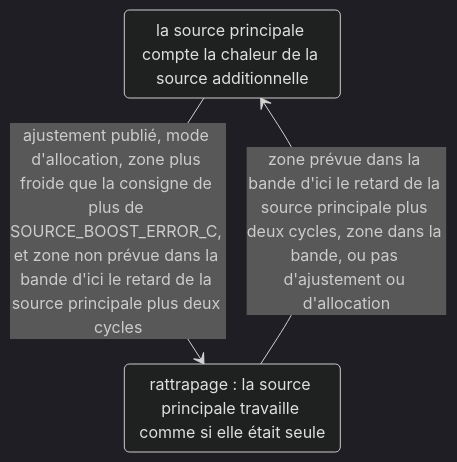
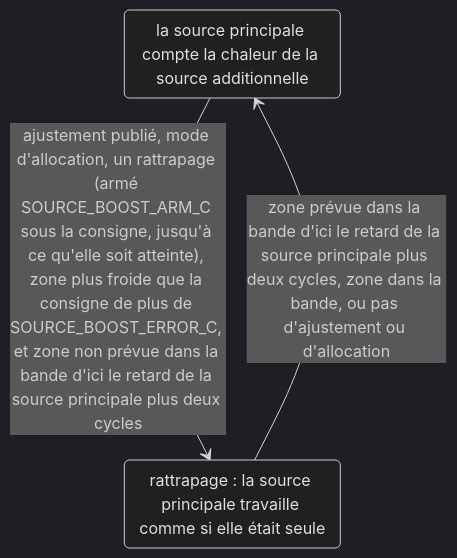
Before and after one commit to Shadow-230/vtherm_smartpi: the eighth of 11 diagrams in documentation/fr/zone_dependencies.md, drawn with Mermaid (dark theme). The commit also changed other lines of this file and 9 other files, not shown here.

````diff
--- a/documentation/fr/zone_dependencies.md
+++ b/documentation/fr/zone_dependencies.md
@@ -940,7 +945,7 @@
 ```mermaid
 stateDiagram-v2
     state "la source principale compte la chaleur de la source additionnelle" as Counted
     state "rattrapage : la source principale travaille comme si elle était seule" as Boost
-    Counted --> Boost: ajustement publié, mode d'allocation, zone plus froide que la consigne de plus de SOURCE_BOOST_ERROR_C, et zone non prévue dans la bande d'ici le retard de la source principale plus deux cycles
+    Counted --> Boost: ajustement publié, mode d'allocation, un rattrapage (armé SOURCE_BOOST_ARM_C sous la consigne, jusqu'à ce qu'elle soit atteinte), zone plus froide que la consigne de plus de SOURCE_BOOST_ERROR_C, et zone non prévue dans la bande d'ici le retard de la source principale plus deux cycles
     Boost --> Counted: zone prévue dans la bande d'ici le retard de la source principale plus deux cycles, zone dans la bande, ou pas d'ajustement ou d'allocation
 ```
````
